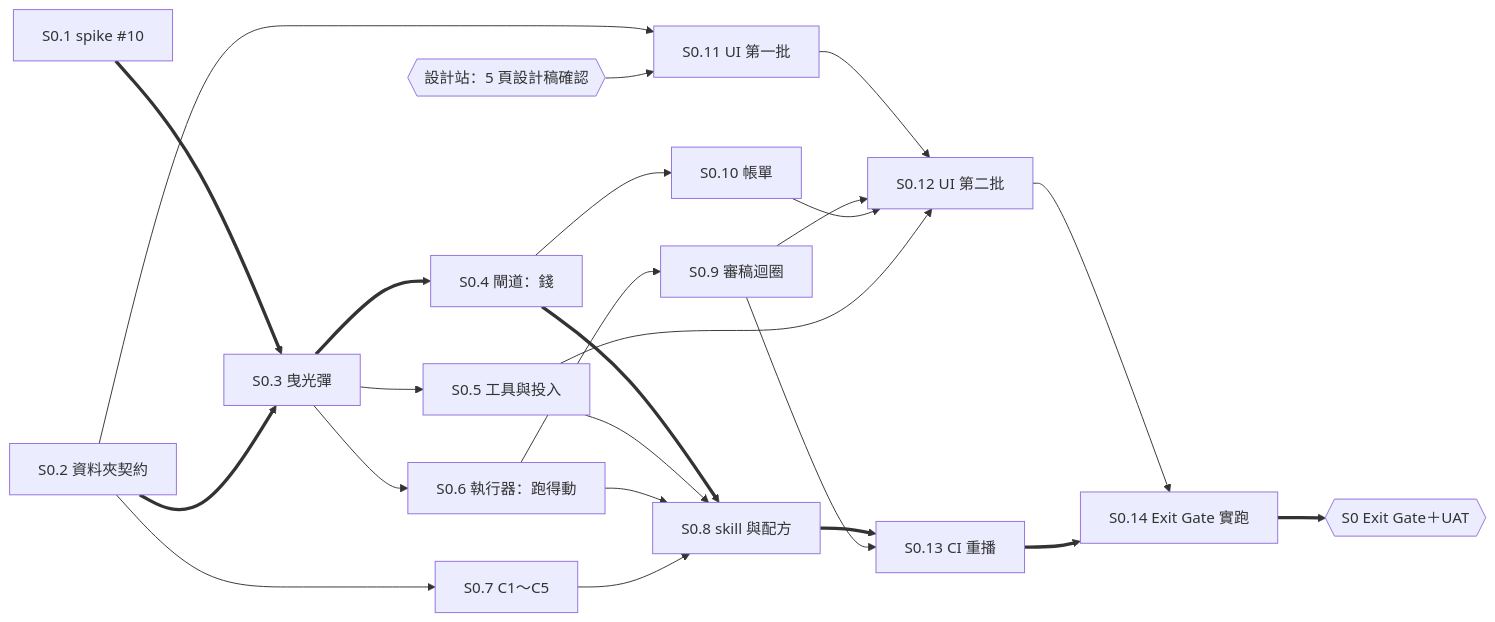
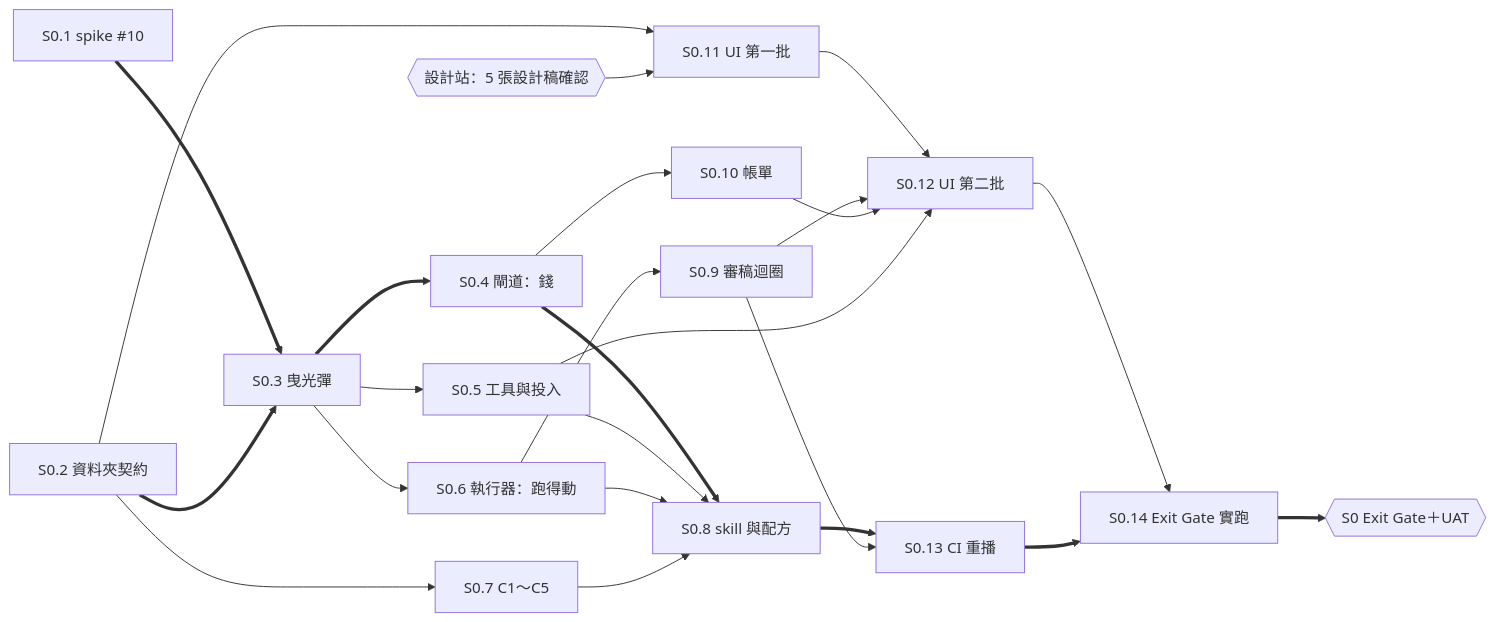
The diagram in docs/30-snapshot/plans/2026-10-11-s0-development-plan.md (Zenobia000/evidence-forge), drawn with Mermaid before and after one commit. The commit also changed other lines of this file and 2 other files, not shown here.

Commit message:
docs(plan): count S0 UI as four pages and five mockups

````diff
--- a/docs/30-snapshot/plans/2026-10-11-s0-development-plan.md
+++ b/docs/30-snapshot/plans/2026-10-11-s0-development-plan.md
@@ -86,26 +86,26 @@
 ```mermaid
 flowchart LR
     S01["S0.1 spike #10"] ==> S03["S0.3 曳光彈"]
     S02["S0.2 資料夾契約"] ==> S03
     S02 --> S07["S0.7 C1～C5"]
     S02 --> S011["S0.11 UI 第一批"]
-    DS{{"設計站：5 頁設計稿確認"}} --> S011
+    DS{{"設計站：5 張設計稿確認"}} --> S011
     S03 ==> S04["S0.4 閘道：錢"]
     S03 --> S05["S0.5 工具與投入"]
     S03 --> S06["S0.6 執行器：跑得動"]
     S04 ==> S08["S0.8 skill 與配方"]
     S05 --> S08
     S06 --> S08
     S07 --> S08
     S06 --> S09["S0.9 審稿迴圈"]
     S04 --> S010["S0.10 帳單"]
     S011 --> S012["S0.12 UI 第二批"]
     S09 --> S012
     S010 --> S012
     S05 --> S012
     S08 ==> S013["S0.13 CI 重播"]
     S09 --> S013
     S012 --> S014["S0.14 Exit Gate 實跑"]
     S013 ==> S014
     S014 ==> GATE{{"S0 Exit Gate＋UAT"}}
 ```
````
